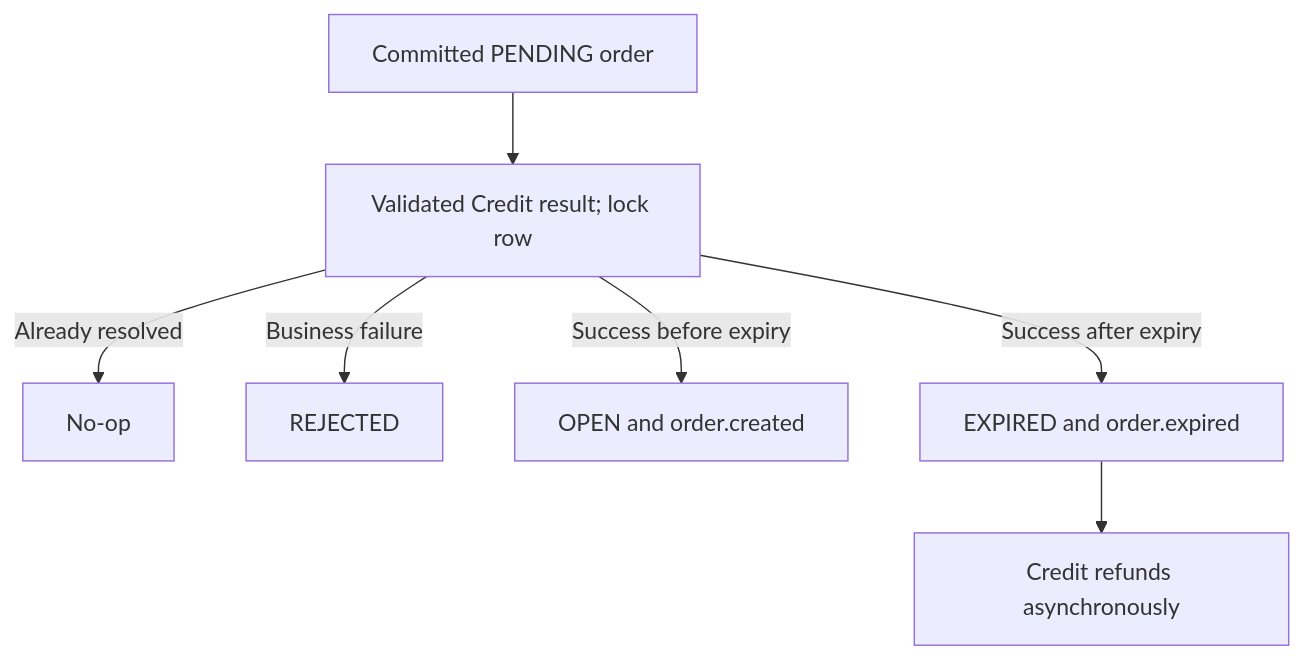
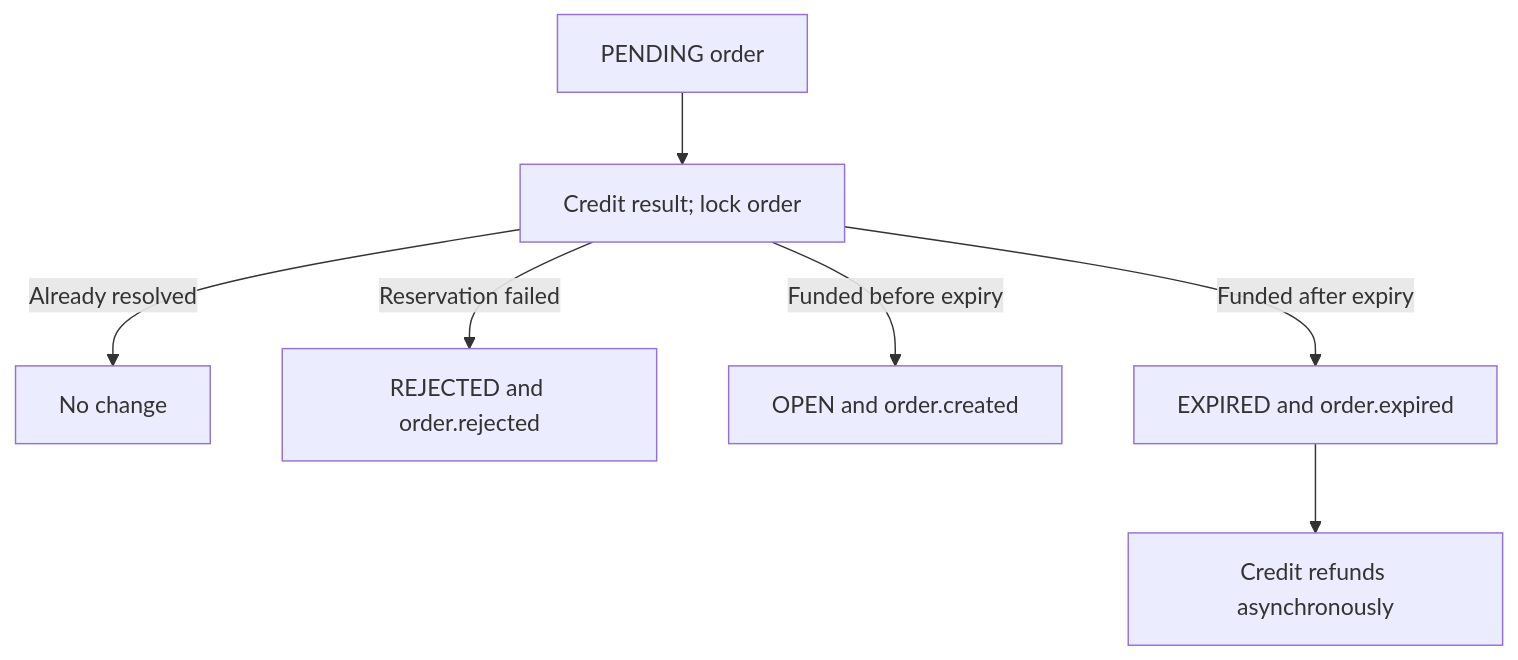
One commit to AY2627S1-CS3219-P25/friend-on-campus changed the diagram in docs/services/order-service/runtime-and-testing.md. Above: the diagram before and after it, drawn with Mermaid. The commit also changed other lines of this file and 63 other files, not shown here.

````diff
--- a/docs/services/order-service/runtime-and-testing.md
+++ b/docs/services/order-service/runtime-and-testing.md
@@ -18,10 +23,9 @@
 ```mermaid
-%% AI-generated (edited by Reallyeasy1)
 flowchart TD
-  Pending["Committed PENDING order"] --> Result["Validated Credit result; lock row"]
-  Result -->|Already resolved| Noop["No-op"]
-  Result -->|Business failure| Rejected["REJECTED"]
-  Result -->|Success before expiry| Open["OPEN and order.created"]
-  Result -->|Success after expiry| Expired["EXPIRED and order.expired"]
+  Pending["PENDING order"] --> Result["Credit result; lock order"]
+  Result -->|Already resolved| Noop["No change"]
+  Result -->|Reservation failed| Rejected["REJECTED and order.rejected"]
+  Result -->|Funded before expiry| Open["OPEN and order.created"]
+  Result -->|Funded after expiry| Expired["EXPIRED and order.expired"]
   Expired --> Refund["Credit refunds asynchronously"]
 ```
````
